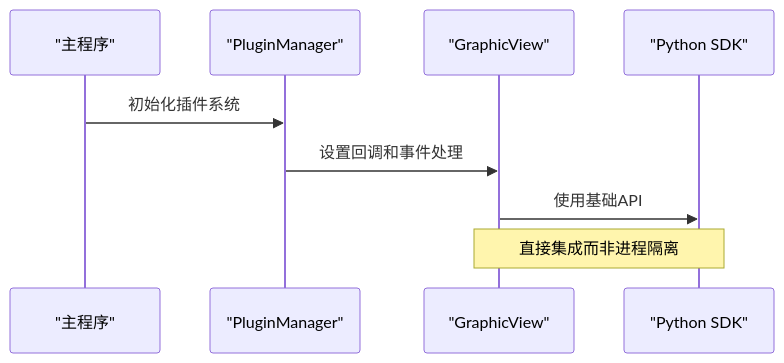
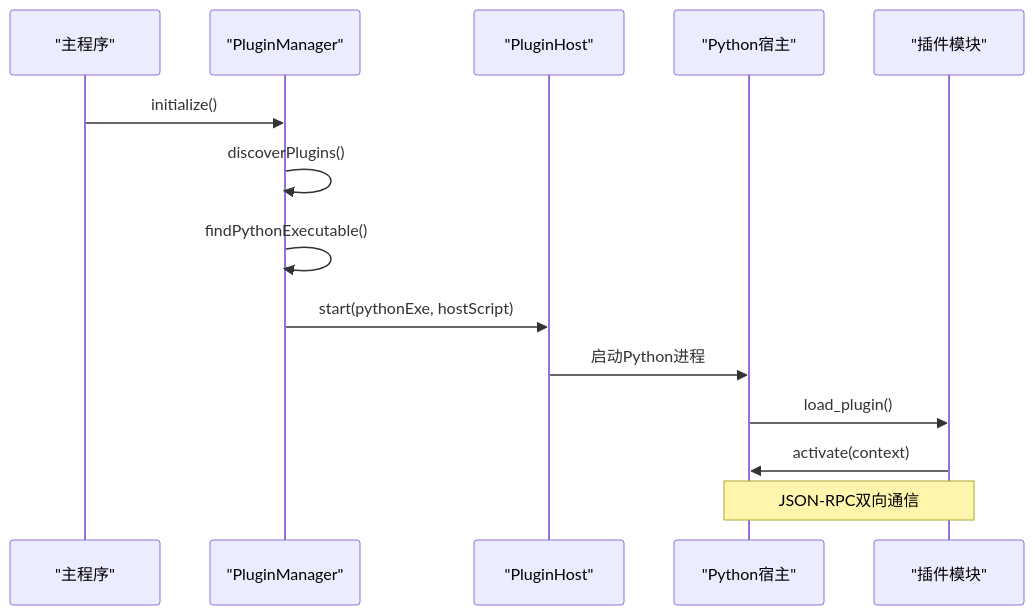
The second of 3 diagrams in .qoder/repowiki/zh/content/架构设计/插件系统架构/插件系统架构.md (jakecai1225-design/OpenBus), drawn with Mermaid before and after one commit. The commit also changed other lines of this file and 57 other files, not shown here.

````diff
--- a/.qoder/repowiki/zh/content/架构设计/插件系统架构/插件系统架构.md
+++ b/.qoder/repowiki/zh/content/架构设计/插件系统架构/插件系统架构.md
@@ -98,11 +109,16 @@
 ```mermaid
 sequenceDiagram
 participant App as "主程序"
 participant PM as "PluginManager"
-participant GV as "GraphicView"
-participant SDK as "Python SDK"
-App->>PM : 初始化插件系统
-PM->>GV : 设置回调和事件处理
-GV->>SDK : 使用基础API
-Note over GV,SDK : 直接集成而非进程隔离
+participant PH as "PluginHost"
+participant SH as "Python宿主"
+participant P as "插件模块"
+App->>PM : initialize()
+PM->>PM : discoverPlugins()
+PM->>PM : findPythonExecutable()
+PM->>PH : start(pythonExe, hostScript)
+PH->>SH : 启动Python进程
+SH->>P : load_plugin()
+P->>SH : activate(context)
+Note over SH,P : JSON-RPC双向通信
 ```
````
